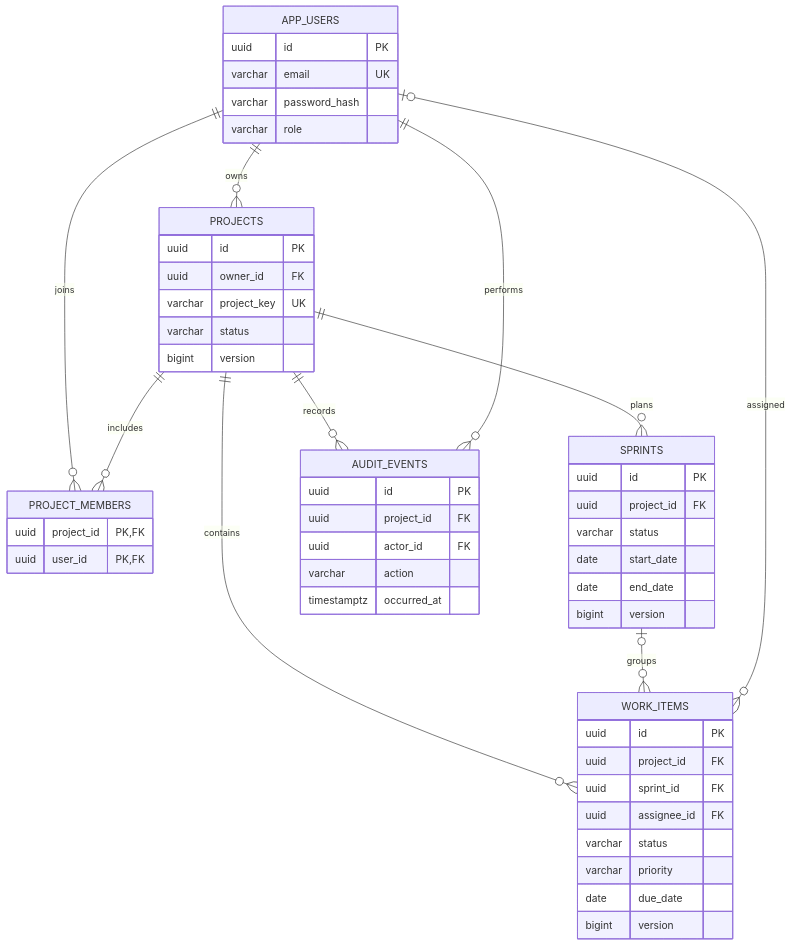
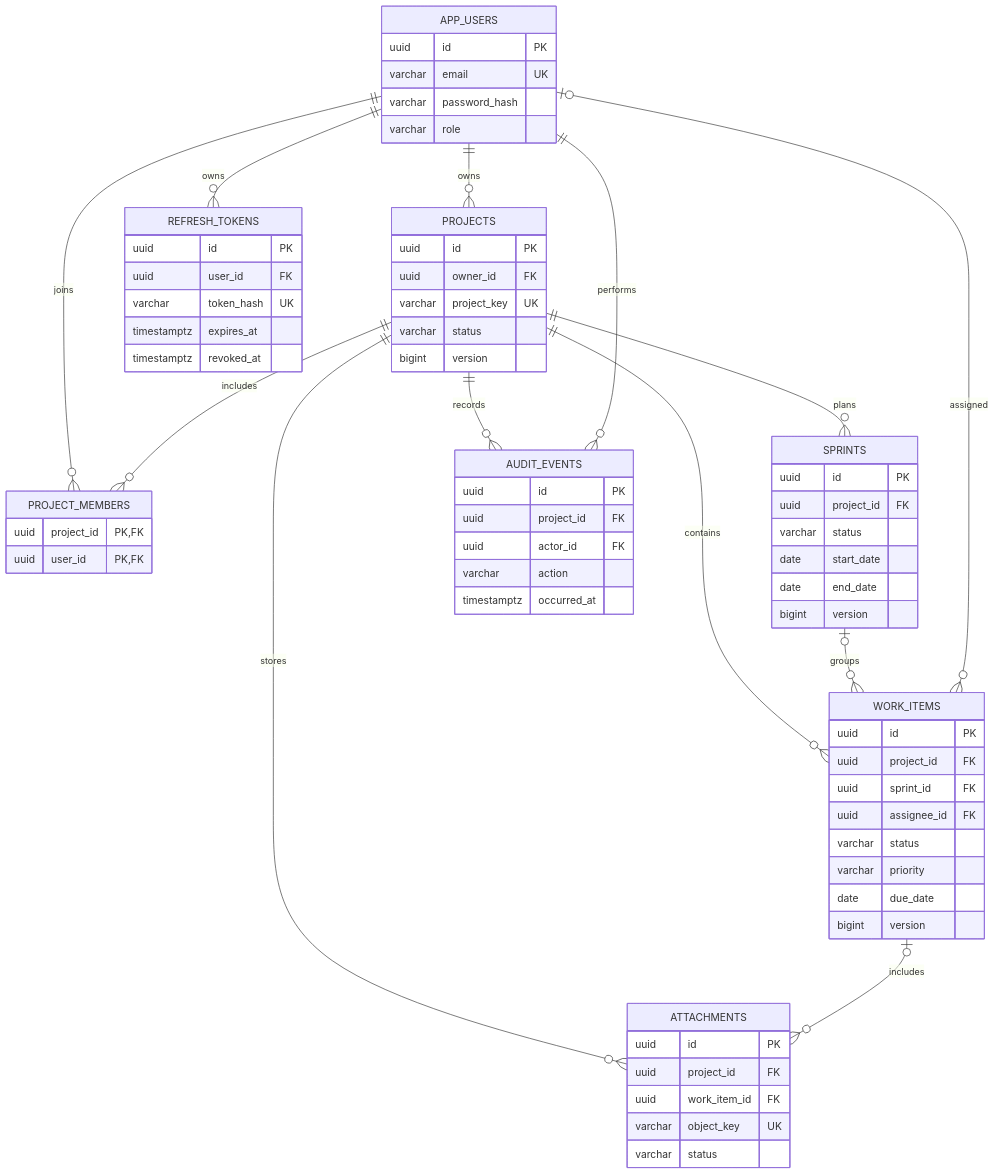
One commit to Goureesankarr/sprintforge changed the third of 3 diagrams in docs/architecture.md. Above: the diagram before and after it, drawn with Mermaid. The commit also changed other lines of this file and 1 other file, not shown here.

Commit message:
docs: document production architecture

````diff
--- a/docs/architecture.md
+++ b/docs/architecture.md
@@ -54,55 +60,72 @@
 ```mermaid
 erDiagram
     APP_USERS {
         uuid id PK
         varchar email UK
         varchar password_hash
         varchar role
     }
     PROJECTS {
         uuid id PK
         uuid owner_id FK
         varchar project_key UK
         varchar status
         bigint version
     }
     PROJECT_MEMBERS {
         uuid project_id PK,FK
         uuid user_id PK,FK
     }
     SPRINTS {
         uuid id PK
         uuid project_id FK
         varchar status
         date start_date
         date end_date
         bigint version
     }
     WORK_ITEMS {
         uuid id PK
         uuid project_id FK
         uuid sprint_id FK
         uuid assignee_id FK
         varchar status
         varchar priority
         date due_date
         bigint version
     }
     AUDIT_EVENTS {
         uuid id PK
         uuid project_id FK
         uuid actor_id FK
         varchar action
         timestamptz occurred_at
     }
+    REFRESH_TOKENS {
+        uuid id PK
+        uuid user_id FK
+        varchar token_hash UK
+        timestamptz expires_at
+        timestamptz revoked_at
+    }
+    ATTACHMENTS {
+        uuid id PK
+        uuid project_id FK
+        uuid work_item_id FK
+        varchar object_key UK
+        varchar status
+    }
 
     APP_USERS ||--o{ PROJECTS : owns
     APP_USERS ||--o{ PROJECT_MEMBERS : joins
     PROJECTS ||--o{ PROJECT_MEMBERS : includes
     PROJECTS ||--o{ SPRINTS : plans
     PROJECTS ||--o{ WORK_ITEMS : contains
     SPRINTS o|--o{ WORK_ITEMS : groups
     APP_USERS o|--o{ WORK_ITEMS : assigned
     PROJECTS ||--o{ AUDIT_EVENTS : records
     APP_USERS ||--o{ AUDIT_EVENTS : performs
+    APP_USERS ||--o{ REFRESH_TOKENS : owns
+    PROJECTS ||--o{ ATTACHMENTS : stores
+    WORK_ITEMS o|--o{ ATTACHMENTS : includes
 ```
````
